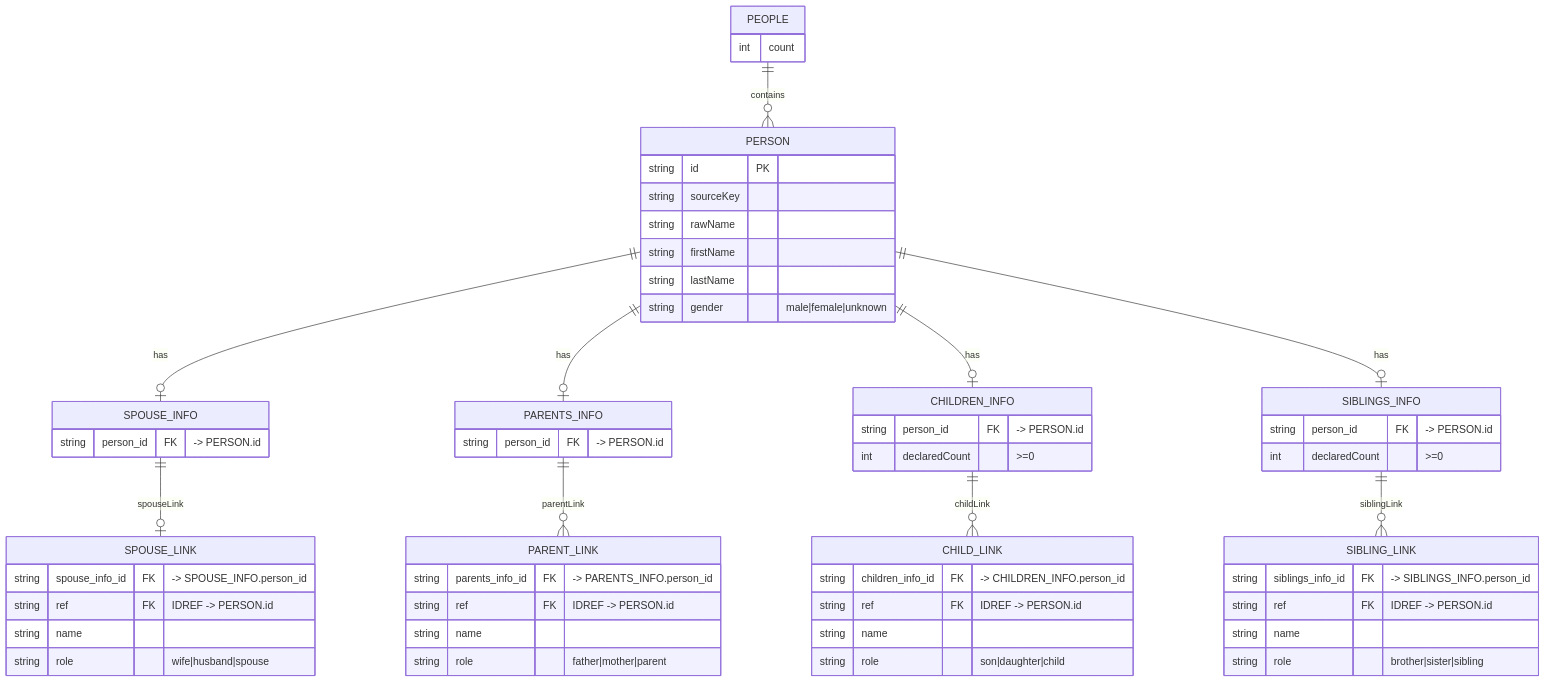
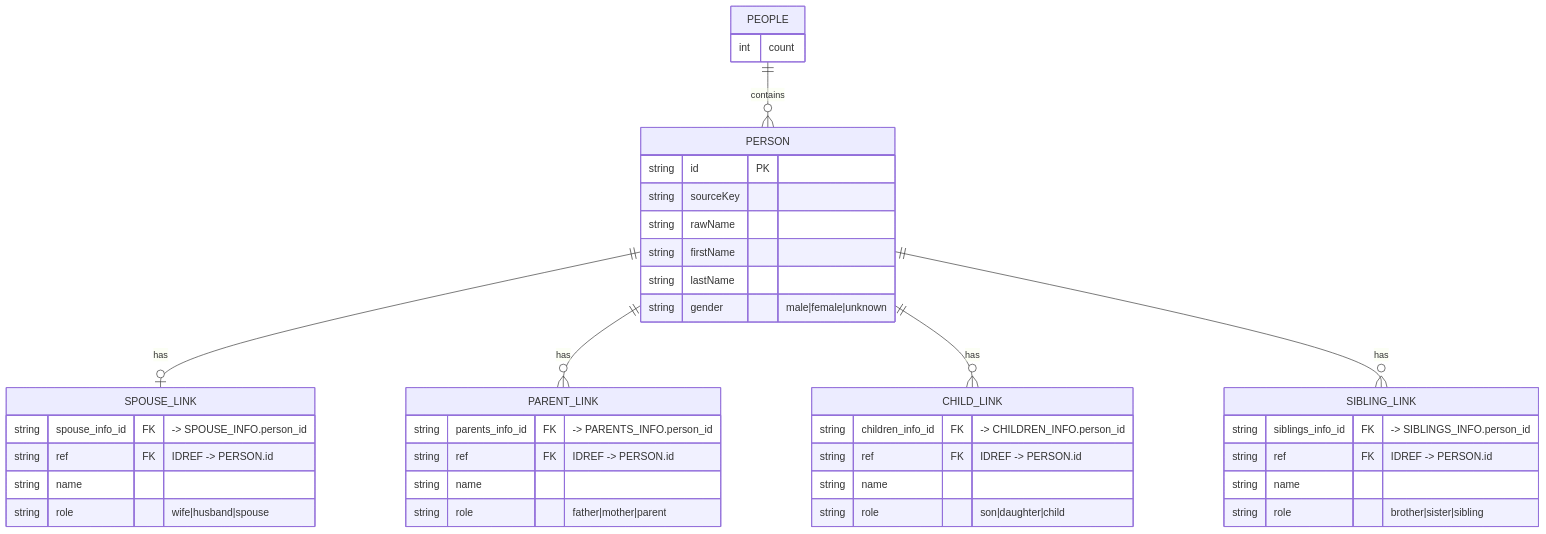
The diagram in D1.mmd (MlronGaskov/data_processing_and_storage_d), drawn with Mermaid before and after one commit.

```diff
--- a/D1.mmd
+++ b/D1.mmd
@@ -1,65 +1,47 @@
 erDiagram
   PEOPLE ||--o{ PERSON : contains
 
   PEOPLE {
     int count
   }
 
   PERSON {
     string id PK
     string sourceKey
     string rawName
     string firstName
     string lastName
     string gender  "male|female|unknown"
   }
 
-  PERSON ||--o| SPOUSE_INFO : has
-  SPOUSE_INFO {
-    string person_id FK  "-> PERSON.id"
-  }
-  SPOUSE_INFO ||--o| SPOUSE_LINK : spouseLink
+  PERSON ||--o| SPOUSE_LINK : has
   SPOUSE_LINK {
     string spouse_info_id FK "-> SPOUSE_INFO.person_id"
     string ref FK            "IDREF -> PERSON.id"
     string name
     string role              "wife|husband|spouse"
   }
 
-  PERSON ||--o| PARENTS_INFO : has
-  PARENTS_INFO {
-    string person_id FK "-> PERSON.id"
-  }
-  PARENTS_INFO ||--o{ PARENT_LINK : parentLink
+  PERSON ||--o{ PARENT_LINK : has
   PARENT_LINK {
     string parents_info_id FK "-> PARENTS_INFO.person_id"
     string ref FK             "IDREF -> PERSON.id"
     string name
     string role               "father|mother|parent"
   }
 
-  PERSON ||--o| CHILDREN_INFO : has
-  CHILDREN_INFO {
-    string person_id FK "-> PERSON.id"
-    int declaredCount  ">=0"
-  }
-  CHILDREN_INFO ||--o{ CHILD_LINK : childLink
+  PERSON ||--o{ CHILD_LINK : has
   CHILD_LINK {
     string children_info_id FK "-> CHILDREN_INFO.person_id"
     string ref FK              "IDREF -> PERSON.id"
     string name
     string role                "son|daughter|child"
   }
 
-  PERSON ||--o| SIBLINGS_INFO : has
-  SIBLINGS_INFO {
-    string person_id FK "-> PERSON.id"
-    int declaredCount  ">=0"
-  }
-  SIBLINGS_INFO ||--o{ SIBLING_LINK : siblingLink
+  PERSON ||--o{ SIBLING_LINK : has
   SIBLING_LINK {
     string siblings_info_id FK "-> SIBLINGS_INFO.person_id"
     string ref FK              "IDREF -> PERSON.id"
     string name
     string role                "brother|sister|sibling"
   }
```
